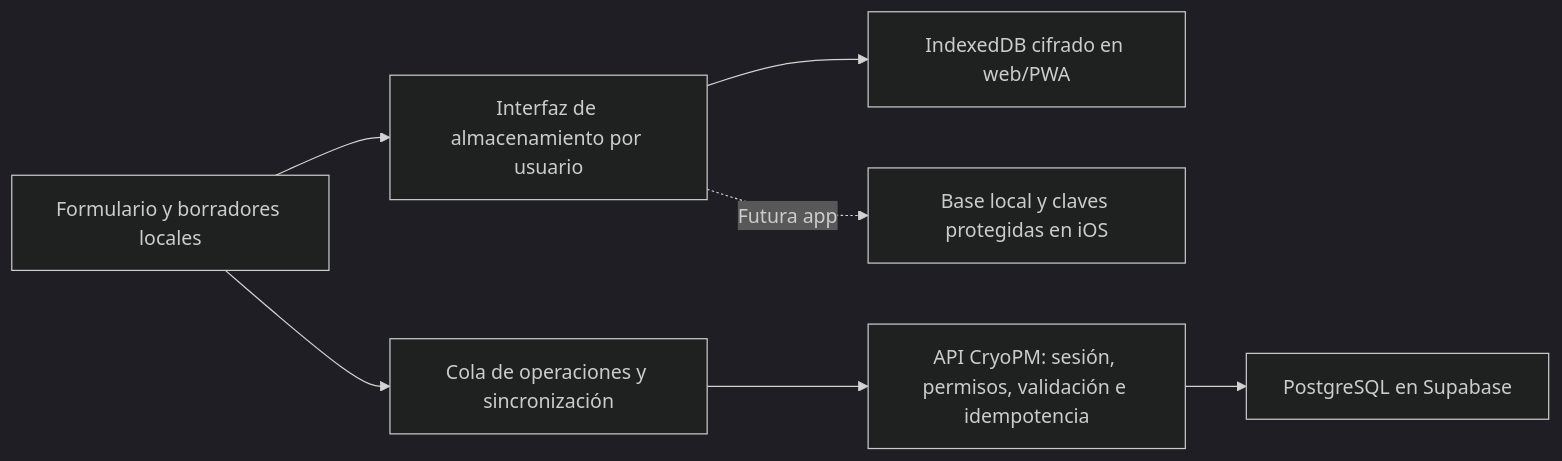
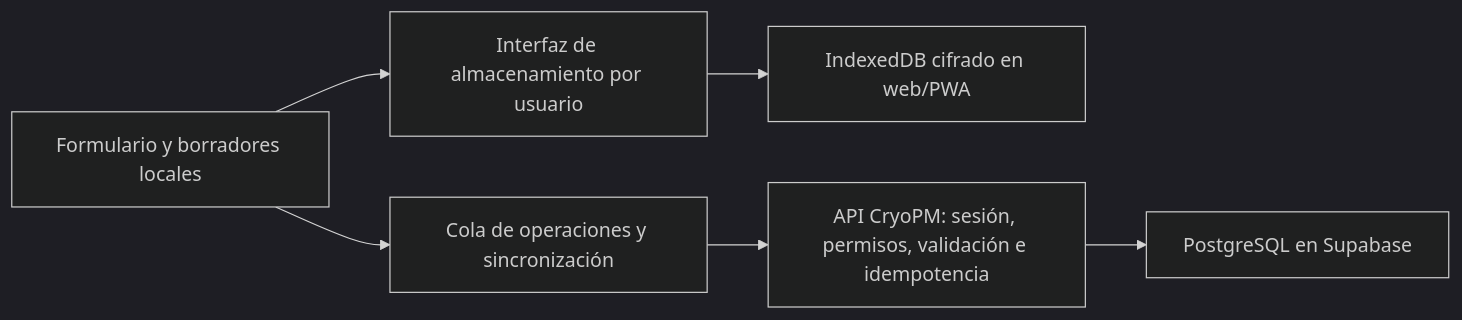
One commit to siilent95/AppCryonics changed the second of 2 diagrams in docs/offline-persistence-plan.md. Above: the diagram before and after it, drawn with Mermaid (dark theme). The commit also changed other lines of this file, not shown here.

````diff
--- a/docs/offline-persistence-plan.md
+++ b/docs/offline-persistence-plan.md
@@ -77,9 +83,8 @@
 ```mermaid
 flowchart LR
     UI[Formulario y borradores locales] --> STORE[Interfaz de almacenamiento por usuario]
     STORE --> WEB[IndexedDB cifrado en web/PWA]
-    STORE -. Futura app .-> NATIVE[Base local y claves protegidas en iOS]
     UI --> SYNC[Cola de operaciones y sincronización]
     SYNC --> API[API CryoPM: sesión, permisos, validación e idempotencia]
     API --> PG[PostgreSQL en Supabase]
 ```
````
